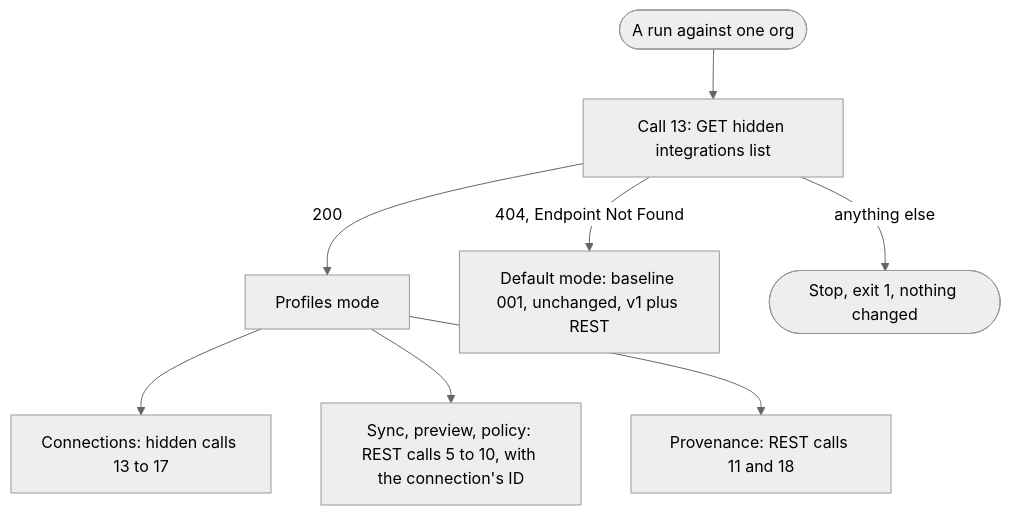
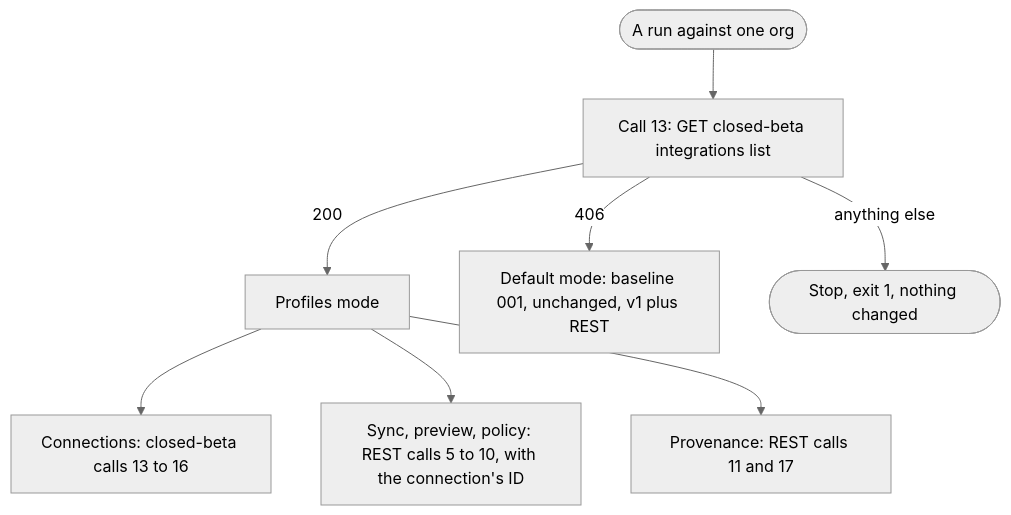
Before and after one commit to atirado-snyk/auto-ecr-onboarding: the first of 4 diagrams in specs/002-multi-ecr-connections/plan.md, drawn with Mermaid (neutral theme). The commit also changed other lines of this file and 7 other files, not shown here.

First line of the commit message:
docs(plan): 002 names carry their ECR; move to the closed-beta API

````diff
--- a/specs/002-multi-ecr-connections/plan.md
+++ b/specs/002-multi-ecr-connections/plan.md
@@ -90,10 +101,10 @@
 ```mermaid
 flowchart TD
-    run(["A run against one org"]) --> m["Call 13: GET hidden integrations list"]
+    run(["A run against one org"]) --> m["Call 13: GET closed-beta integrations list"]
     m -->|"200"| prof["Profiles mode"]
-    m -->|"404, Endpoint Not Found"| def["Default mode: baseline 001, unchanged, v1 plus REST"]
+    m -->|"406"| def["Default mode: baseline 001, unchanged, v1 plus REST"]
     m -->|"anything else"| stop(["Stop, exit 1, nothing changed"])
-    prof --> conn["Connections: hidden calls 13 to 17"]
+    prof --> conn["Connections: closed-beta calls 13 to 16"]
     prof --> sync["Sync, preview, policy: REST calls 5 to 10, with the connection's ID"]
-    prof --> prov["Provenance: REST calls 11 and 18"]
+    prof --> prov["Provenance: REST calls 11 and 17"]
 ```
````
